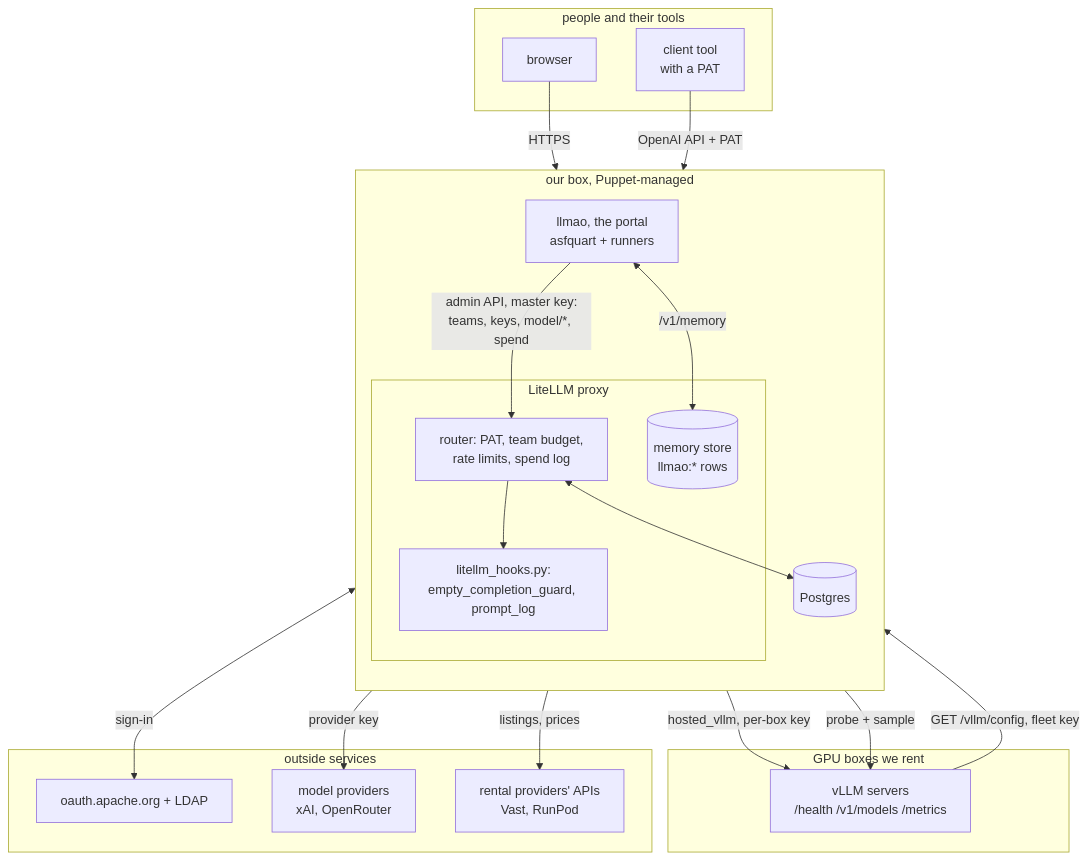
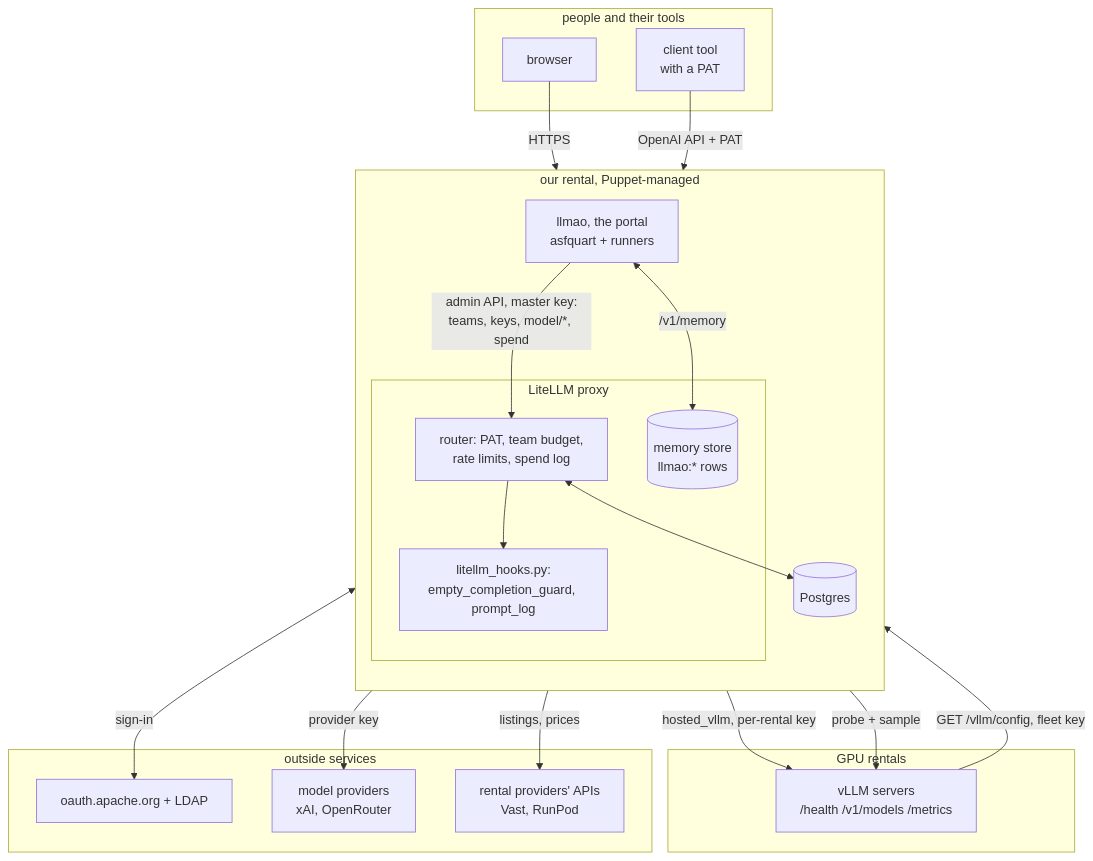
One commit to apache/tooling-llmao changed the first of 4 diagrams in docs/ARCHITECTURE.md. Above: the diagram before and after it, drawn with Mermaid. The commit also changed other lines of this file and 77 other files, not shown here.

First line of the commit message:
box to rental, the words: comments, docs, config, messages, the page

````diff
--- a/docs/ARCHITECTURE.md
+++ b/docs/ARCHITECTURE.md
@@ -45,38 +45,38 @@
 ```mermaid
 flowchart TB
   subgraph people [people and their tools]
     BROWSER[browser]
     TOOL[client tool<br/>with a PAT]
   end
-  subgraph ourbox [our box, Puppet-managed]
+  subgraph ourbox [our rental, Puppet-managed]
     direction TB
     LLMAO[llmao, the portal<br/>asfquart + runners]
     subgraph proxy [LiteLLM proxy]
       ROUTER["router: PAT, team budget,<br/>rate limits, spend log"]
       HOOKS["litellm_hooks.py:<br/>empty_completion_guard, prompt_log"]
       MEMORY[("memory store<br/>llmao:* rows")]
     end
     PG[(Postgres)]
   end
-  subgraph fleet [GPU boxes we rent]
+  subgraph fleet [GPU rentals]
     VLLM[vLLM servers<br/>/health /v1/models /metrics]
   end
   subgraph outside [outside services]
     OAUTH[oauth.apache.org + LDAP]
     PAID[model providers<br/>xAI, OpenRouter]
     RENT[rental providers' APIs<br/>Vast, RunPod]
   end
 
   BROWSER -->|HTTPS| LLMAO
   LLMAO <-->|sign-in| OAUTH
   TOOL -->|OpenAI API + PAT| ROUTER
   ROUTER --> HOOKS
   ROUTER <--> PG
-  ROUTER -->|hosted_vllm, per-box key| VLLM
+  ROUTER -->|hosted_vllm, per-rental key| VLLM
   ROUTER -->|provider key| PAID
   LLMAO -->|admin API, master key:<br/>teams, keys, model/*, spend| ROUTER
   LLMAO <-->|/v1/memory| MEMORY
   VLLM -->|GET /vllm/config, fleet key| LLMAO
   LLMAO -->|probe + sample| VLLM
   LLMAO -->|listings, prices| RENT
 ```
````
